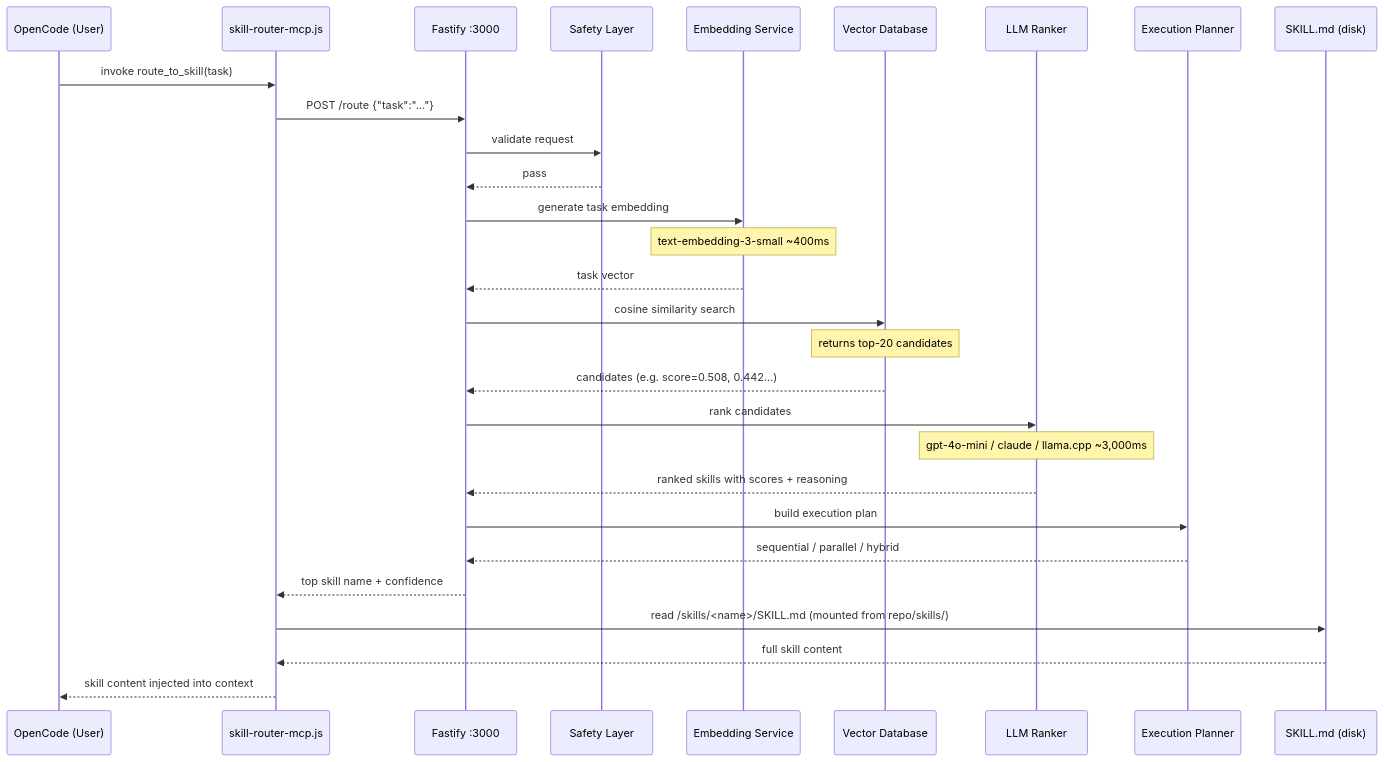
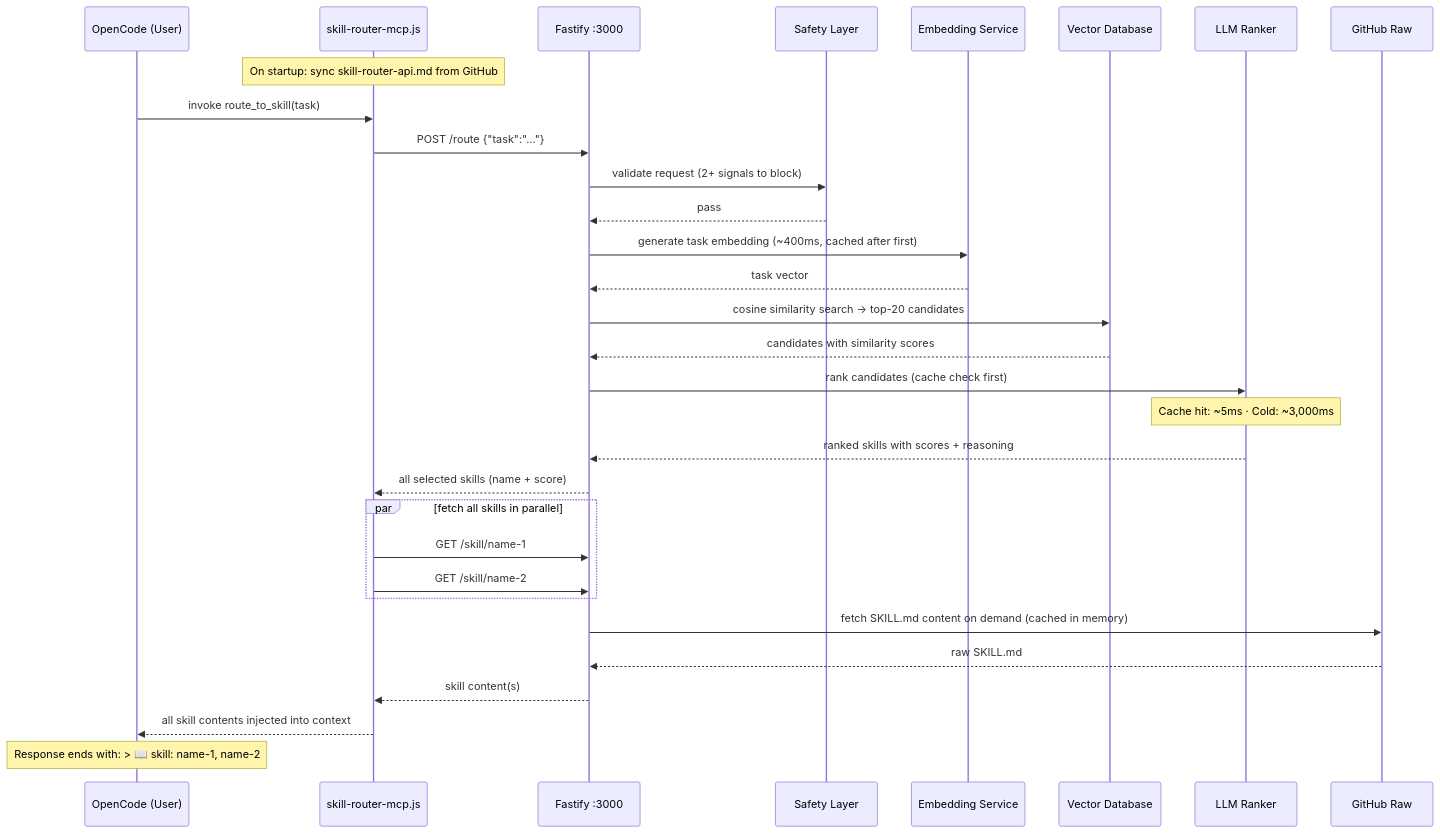
One commit to paulpas/skills changed the diagram in README.md. Above: the diagram before and after it, drawn with Mermaid. The commit also changed other lines of this file and 1 other file, not shown here.

Commit message:
docs: update READMEs to reflect all current features

````diff
--- a/README.md
+++ b/README.md
@@ -46,32 +46,34 @@
 ```mermaid
 sequenceDiagram
     participant U as OpenCode (User)
     participant MCP as skill-router-mcp.js
     participant API as Fastify :3000
     participant Safety as Safety Layer
     participant Embed as Embedding Service
     participant VDB as Vector Database
     participant LLM as LLM Ranker
-    participant Plan as Execution Planner
-    participant Disk as SKILL.md (disk)
+    participant GH as GitHub Raw
 
+    Note over MCP: On startup: sync skill-router-api.md from GitHub
     U->>MCP: invoke route_to_skill(task)
     MCP->>API: POST /route {"task":"..."}
-    API->>Safety: validate request
+    API->>Safety: validate request (2+ signals to block)
     Safety-->>API: pass
-    API->>Embed: generate task embedding
-    Note over Embed: text-embedding-3-small ~400ms
+    API->>Embed: generate task embedding (~400ms, cached after first)
     Embed-->>API: task vector
-    API->>VDB: cosine similarity search
-    Note over VDB: returns top-20 candidates
-    VDB-->>API: candidates (e.g. score=0.508, 0.442...)
-    API->>LLM: rank candidates
-    Note over LLM: gpt-4o-mini / claude / llama.cpp ~3,000ms
+    API->>VDB: cosine similarity search → top-20 candidates
+    VDB-->>API: candidates with similarity scores
+    API->>LLM: rank candidates (cache check first)
+    Note over LLM: Cache hit: ~5ms · Cold: ~3,000ms
     LLM-->>API: ranked skills with scores + reasoning
-    API->>Plan: build execution plan
-    Plan-->>API: sequential / parallel / hybrid
-    API-->>MCP: top skill name + confidence
-    MCP->>Disk: read /skills/<name>/SKILL.md  (mounted from repo/skills/)
-    Disk-->>MCP: full skill content
-    MCP-->>U: skill content injected into context
+    API-->>MCP: all selected skills (name + score)
+    par fetch all skills in parallel
+        MCP->>API: GET /skill/name-1
+        MCP->>API: GET /skill/name-2
+    end
+    API->>GH: fetch SKILL.md content on demand (cached in memory)
+    GH-->>API: raw SKILL.md
+    API-->>MCP: skill content(s)
+    MCP-->>U: all skill contents injected into context
+    Note over U: Response ends with: > 📖 skill: name-1, name-2
 ```
````
